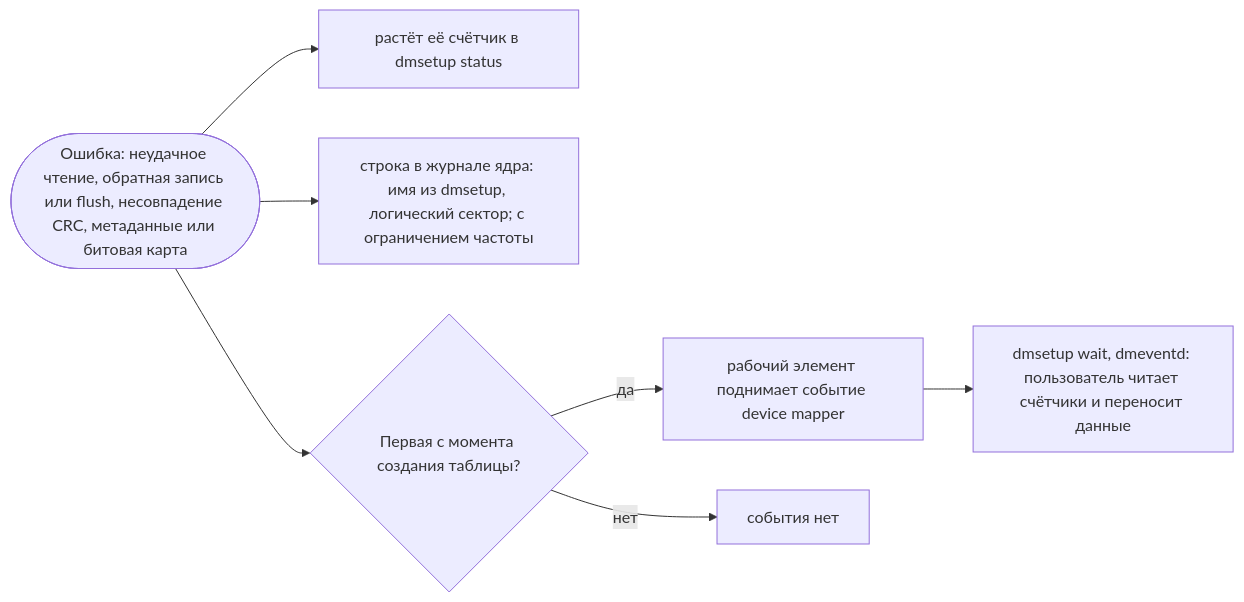
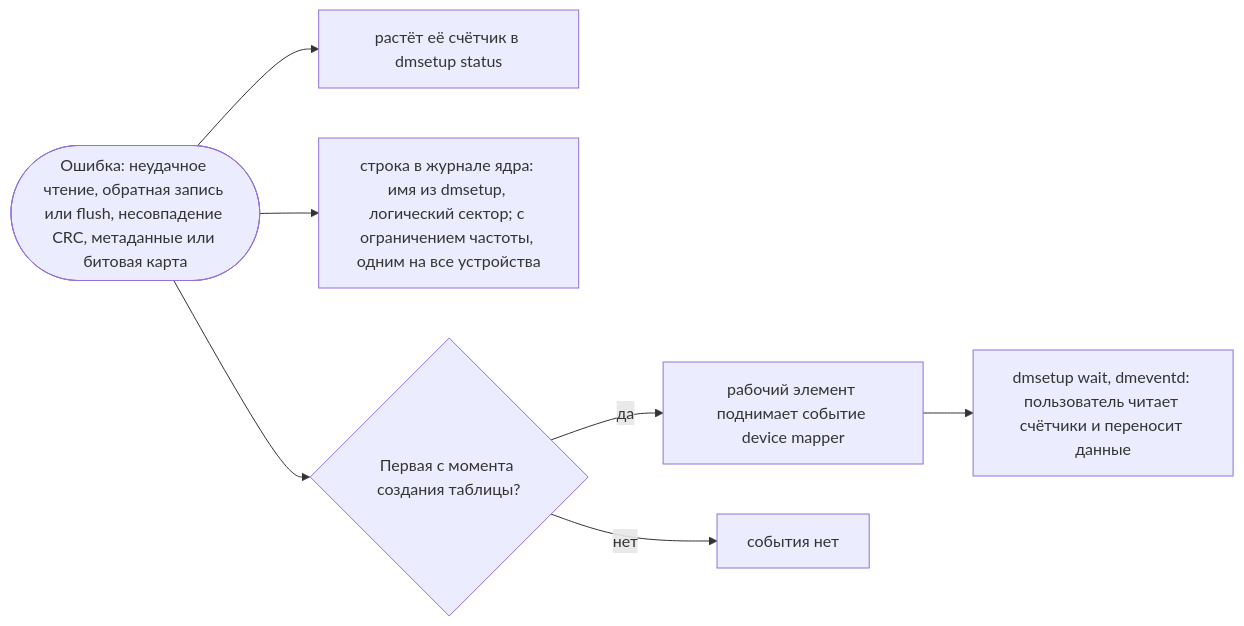
Before and after one commit to Dx-by-Dy/Automatic-Error-Correction-Driver: diagram 14 of 22 in docs/ru/DIAGRAMS.md, drawn with Mermaid. The commit also changed other lines of this file and 15 other files, not shown here.

````diff
--- a/docs/ru/DIAGRAMS.md
+++ b/docs/ru/DIAGRAMS.md
@@ -363,9 +379,9 @@
 ```mermaid
 flowchart LR
     err(["Ошибка: неудачное чтение, обратная запись или flush, несовпадение CRC, метаданные или битовая карта"]) --> cnt["растёт её счётчик в dmsetup status"]
-    err --> log["строка в журнале ядра: имя из dmsetup, логический сектор; с ограничением частоты"]
+    err --> log["строка в журнале ядра: имя из dmsetup, логический сектор; с ограничением частоты, одним на все устройства"]
     err --> first{"Первая с момента создания таблицы?"}
     first -- да --> ev["рабочий элемент поднимает событие device mapper"]
     ev --> wait["dmsetup wait, dmeventd: пользователь читает счётчики и переносит данные"]
     first -- нет --> none["события нет"]
 ```
````
